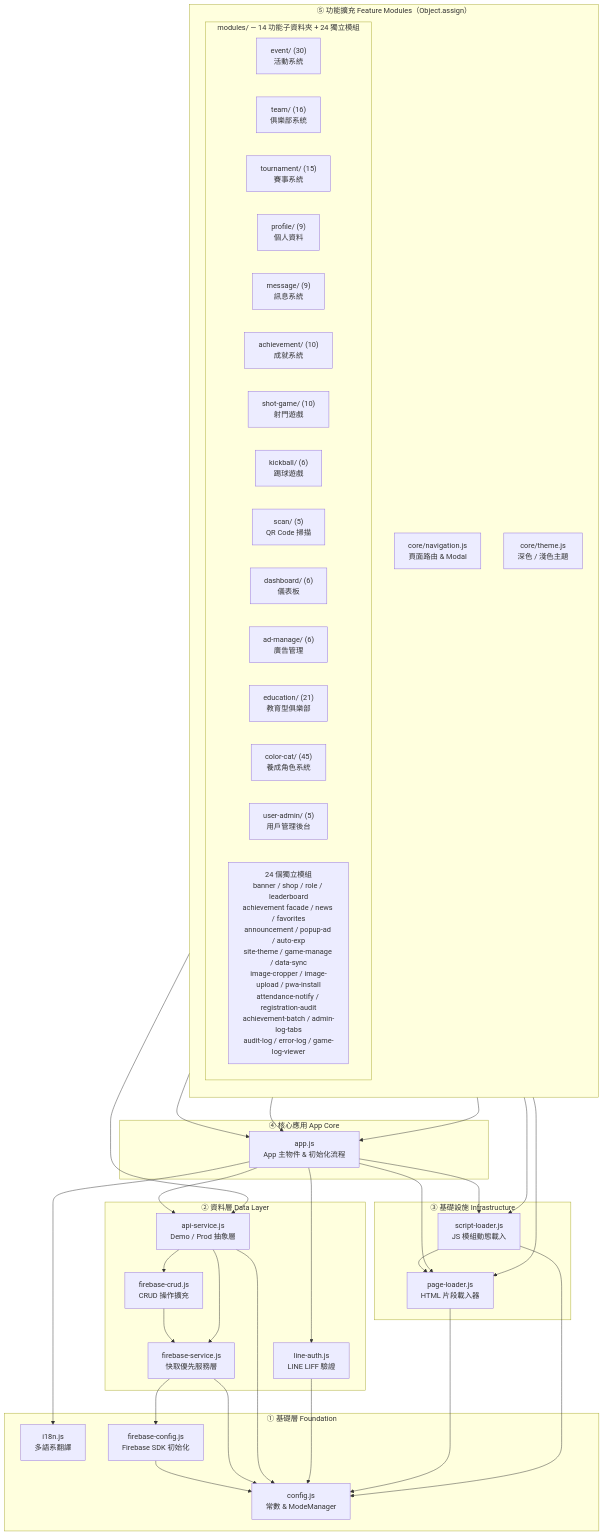
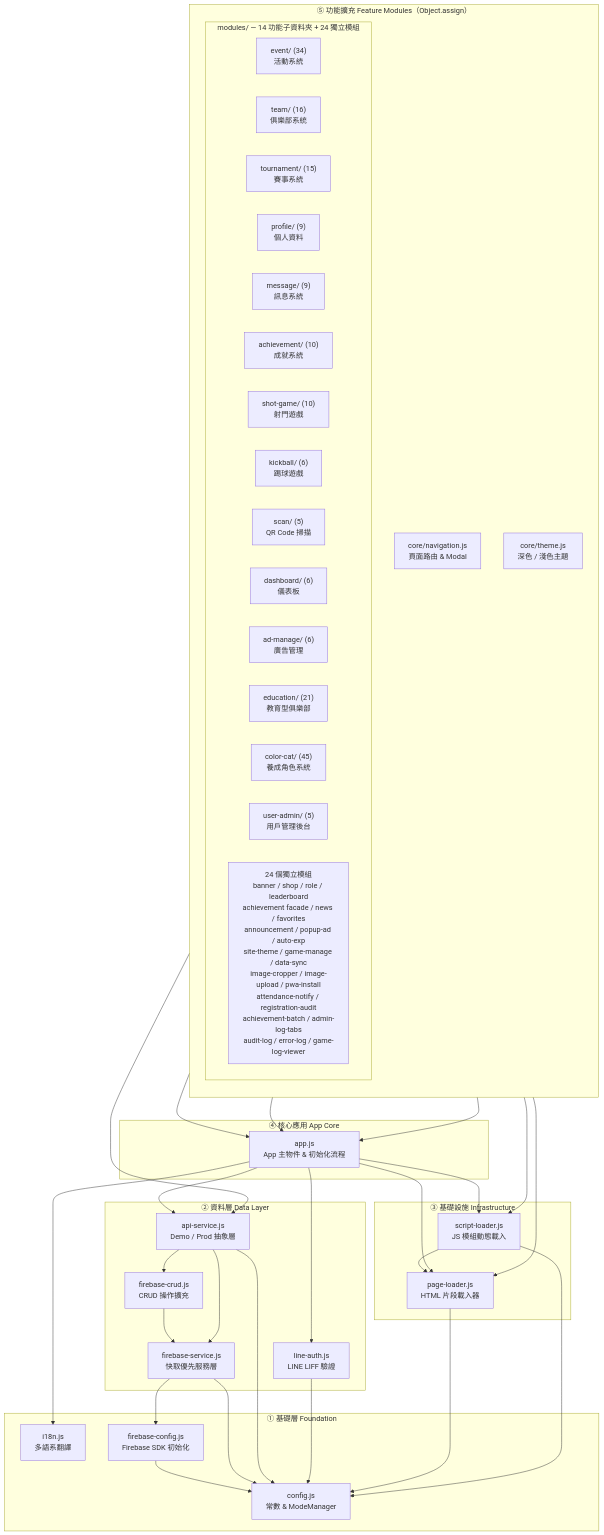
The first of 2 diagrams in docs/architecture.md (msw2004727/FC), drawn with Mermaid before and after one commit. The commit also changed other lines of this file and 19 other files, not shown here.

First line of the commit message:
feat(calendar): 活動月曆視圖（第 3 種 tab、運動色區分、scroll-snap 切月）

````diff
--- a/docs/architecture.md
+++ b/docs/architecture.md
@@ -12,80 +12,80 @@
 ```mermaid
 flowchart TD
     subgraph F["① 基礎層 Foundation"]
         CONFIG["config.js\n常數 & ModeManager"]
         I18N["i18n.js\n多語系翻譯"]
         FB_CFG["firebase-config.js\nFirebase SDK 初始化"]
     end
 
     subgraph D["② 資料層 Data Layer"]
         FB_SVC["firebase-service.js\n快取優先服務層"]
         FB_CRUD["firebase-crud.js\nCRUD 操作擴充"]
         API["api-service.js\nDemo / Prod 抽象層"]
         LINE["line-auth.js\nLINE LIFF 驗證"]
     end
 
     subgraph I["③ 基礎設施 Infrastructure"]
         PAGE_LDR["page-loader.js\nHTML 片段載入器"]
         SCRPT_LDR["script-loader.js\nJS 模組動態載入"]
     end
 
     subgraph C["④ 核心應用 App Core"]
         APP["app.js\nApp 主物件 & 初始化流程"]
     end
 
     subgraph E["⑤ 功能擴充 Feature Modules（Object.assign）"]
         direction TB
         NAV["core/navigation.js\n頁面路由 & Modal"]
         THEME["core/theme.js\n深色 / 淺色主題"]
 
         subgraph MODS["modules/ — 14 功能子資料夾 + 24 獨立模組"]
-            EVT["event/ (30)\n活動系統"]
+            EVT["event/ (34)\n活動系統"]
             TEAM["team/ (16)\n俱樂部系統"]
             TOUR["tournament/ (15)\n賽事系統"]
             PROF["profile/ (9)\n個人資料"]
             MSG["message/ (9)\n訊息系統"]
             ACH["achievement/ (10)\n成就系統"]
             SHOT["shot-game/ (10)\n射門遊戲"]
             KICK["kickball/ (6)\n踢球遊戲"]
             SCAN["scan/ (5)\nQR Code 掃描"]
             DASH["dashboard/ (6)\n儀表板"]
             ADMG["ad-manage/ (6)\n廣告管理"]
             EDU["education/ (21)\n教育型俱樂部"]
             CCAT["color-cat/ (45)\n養成角色系統"]
             UADM["user-admin/ (5)\n用戶管理後台"]
             STANDALONE["24 個獨立模組\nbanner / shop / role / leaderboard\nachievement facade / news / favorites\nannouncement / popup-ad / auto-exp\nsite-theme / game-manage / data-sync\nimage-cropper / image-upload / pwa-install\nattendance-notify / registration-audit\nachievement-batch / admin-log-tabs\naudit-log / error-log / game-log-viewer"]
         end
     end
 
     %% Foundation 內部依賴
     FB_CFG --> CONFIG
 
     %% 資料層依賴
     FB_SVC --> CONFIG
     FB_SVC --> FB_CFG
     FB_CRUD --> FB_SVC
     API --> CONFIG
     API --> FB_SVC
     API --> FB_CRUD
     LINE --> CONFIG
 
     %% 基礎設施依賴
     PAGE_LDR --> CONFIG
     SCRPT_LDR --> CONFIG
     SCRPT_LDR --> PAGE_LDR
 
     %% App Core 依賴
     APP --> API
     APP --> LINE
     APP --> PAGE_LDR
     APP --> SCRPT_LDR
     APP --> I18N
 
     %% 功能擴充（Object.assign → App）
     NAV --> APP
     NAV --> PAGE_LDR
     NAV --> SCRPT_LDR
     THEME --> APP
     MODS --> APP
     MODS --> API
 ```
````
